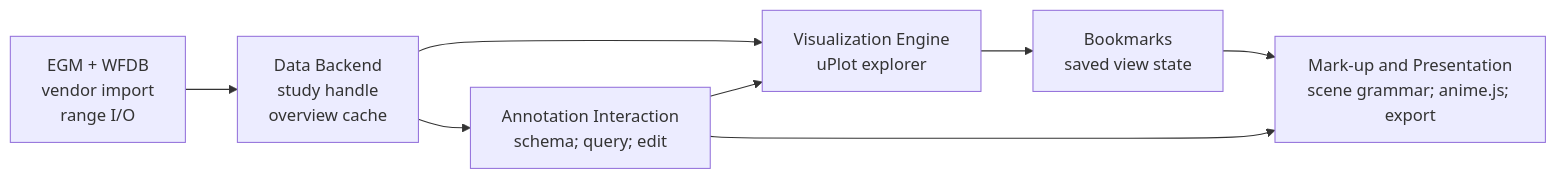
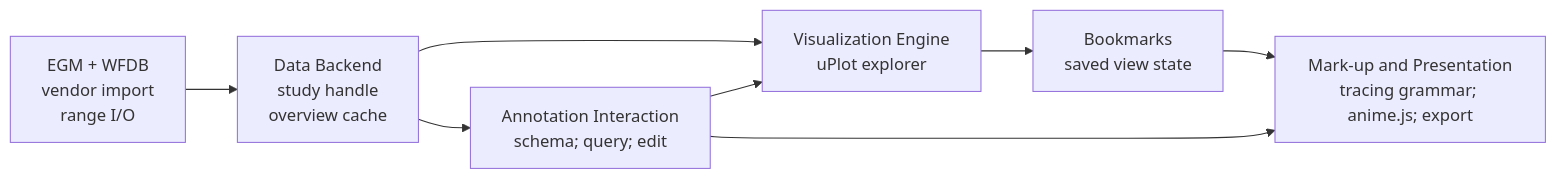
One commit to shah-in-boots/ggm changed the first of 5 diagrams in vignettes/design.qmd. Above: the diagram before and after it, drawn with Mermaid. The commit also changed other lines of this file and 45 other files, not shown here.

````diff
--- a/vignettes/design.qmd
+++ b/vignettes/design.qmd
@@ -63,20 +63,20 @@
 ```{mermaid}
 %%| label: project-arms
 
 %%| uses mermaid.scss preferences for the boxes so the colors can be branded 
 flowchart LR
     EGM["EGM + WFDB<br/>vendor import<br/>range I/O"]:::implemented
     Backend["Data Backend<br/>study handle<br/>overview cache"]:::planned
     Viz["Visualization Engine<br/>uPlot explorer"]:::planned
     Annot["Annotation Interaction<br/>schema; query; edit"]:::planned
     Bookmarks["Bookmarks<br/>saved view state"]:::planned
-    Presentation["Mark-up and Presentation<br/>scene grammar; anime.js; export"]:::planned
+    Presentation["Mark-up and Presentation<br/>tracing grammar; anime.js; export"]:::planned
 
     EGM --> Backend
     Backend --> Viz
     Backend --> Annot
     Annot --> Viz
     Viz --> Bookmarks
     Bookmarks --> Presentation
     Annot --> Presentation
 ```
````
